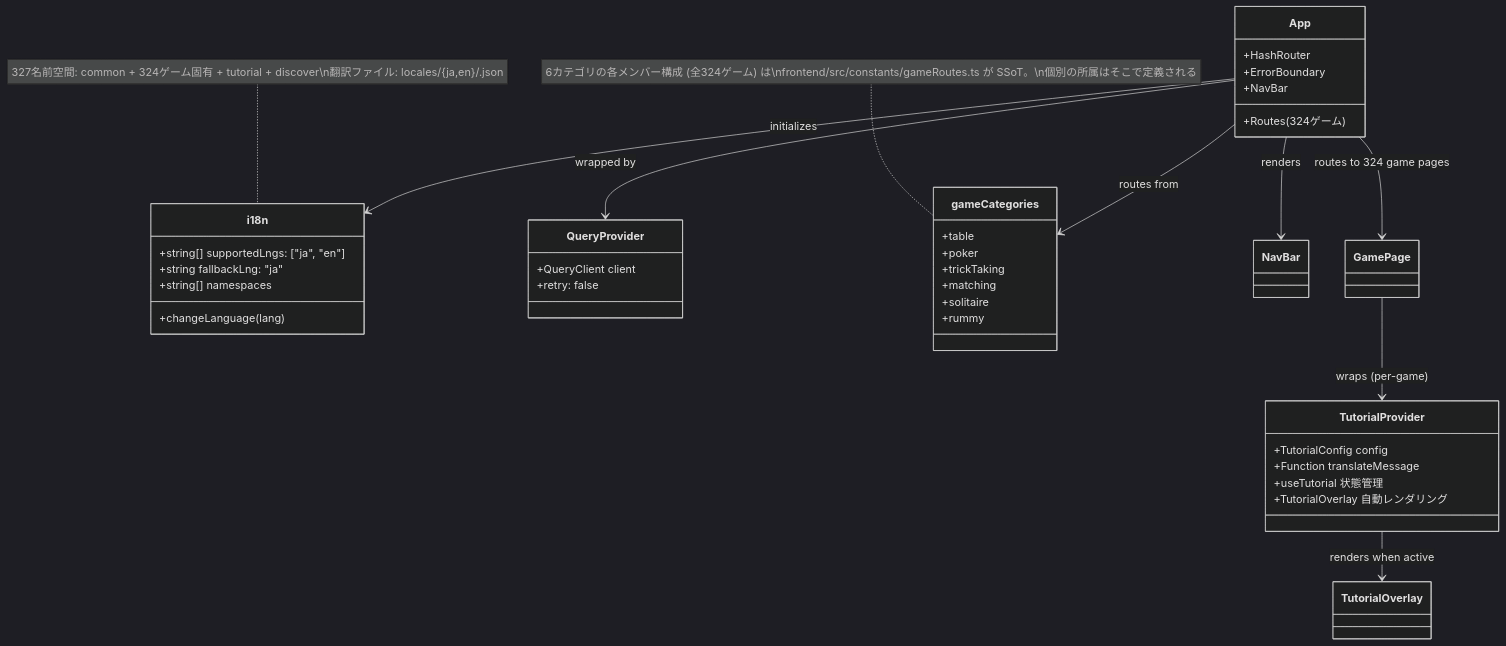
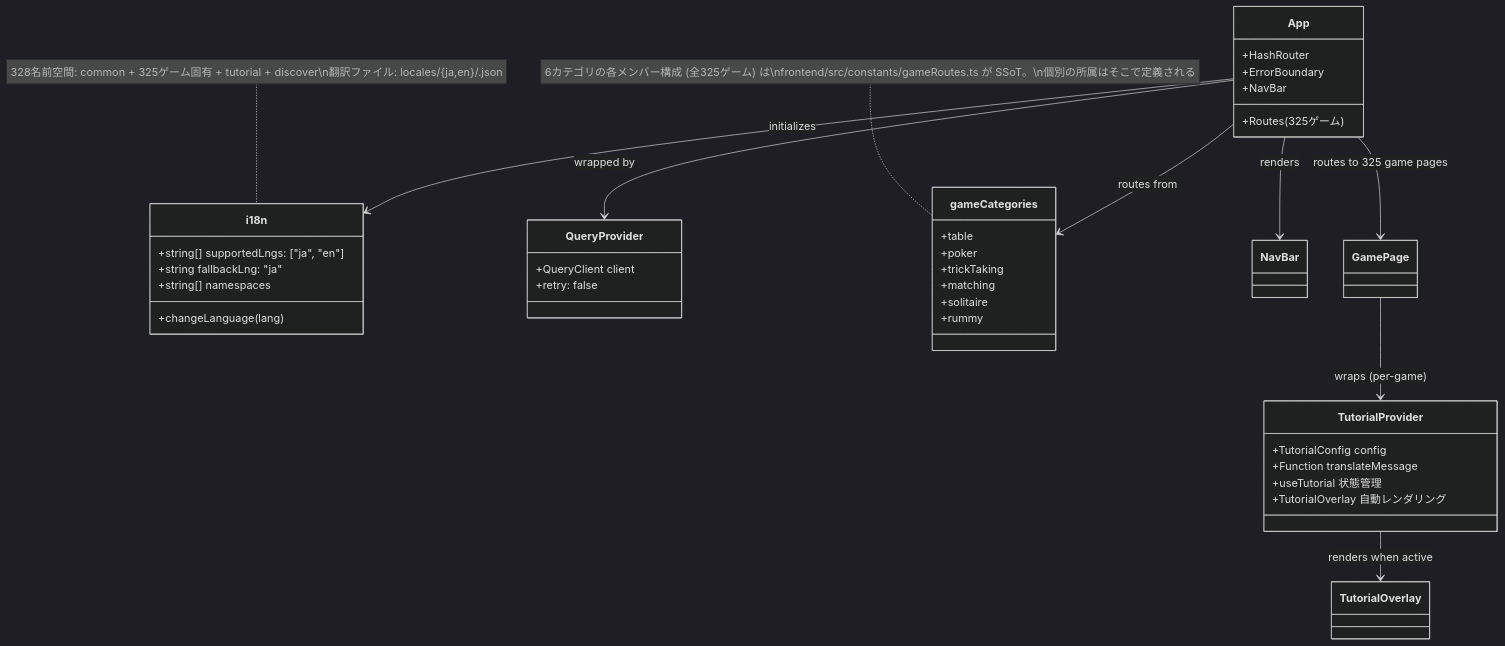
One commit to yuta-yoshinaga/go_trumpcards changed the ninth of 49 diagrams in docs/design/frontend.md. Above: the diagram before and after it, drawn with Mermaid (dark theme). The commit also changed other lines of this file and 55 other files, not shown here.

````diff
--- a/docs/design/frontend.md
+++ b/docs/design/frontend.md
@@ -1874,48 +1874,48 @@
 ```mermaid
 classDiagram
     class i18n {
         +string[] supportedLngs: ["ja", "en"]
         +string fallbackLng: "ja"
         +string[] namespaces
         +changeLanguage(lang)
     }
 
     class QueryProvider {
         +QueryClient client
         +retry: false
     }
 
     class App {
         +HashRouter
         +ErrorBoundary
         +NavBar
-        +Routes (324ゲーム)
+        +Routes (325ゲーム)
     }
 
     class gameCategories {
         +table
         +poker
         +trickTaking
         +matching
         +solitaire
         +rummy
     }
-    note for gameCategories "6カテゴリの各メンバー構成 (全324ゲーム) は\nfrontend/src/constants/gameRoutes.ts が SSoT。\n個別の所属はそこで定義される"
+    note for gameCategories "6カテゴリの各メンバー構成 (全325ゲーム) は\nfrontend/src/constants/gameRoutes.ts が SSoT。\n個別の所属はそこで定義される"
 
     class TutorialProvider {
         +TutorialConfig config
         +Function translateMessage
         +useTutorial 状態管理
         +TutorialOverlay 自動レンダリング
     }
 
     App --> QueryProvider : wrapped by
     App --> i18n : initializes
     App --> gameCategories : routes from
     App --> NavBar : renders
-    App --> GamePage : routes to 324 game pages
+    App --> GamePage : routes to 325 game pages
     GamePage --> TutorialProvider : wraps (per-game)
     TutorialProvider --> TutorialOverlay : renders when active
 
-    note for i18n "327名前空間: common + 324ゲーム固有 + tutorial + discover\n翻訳ファイル: locales/{ja,en}/<game>.json"
+    note for i18n "328名前空間: common + 325ゲーム固有 + tutorial + discover\n翻訳ファイル: locales/{ja,en}/<game>.json"
 ```
````
